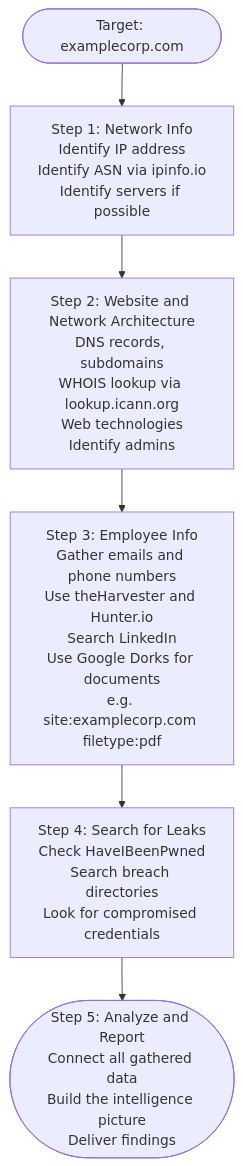
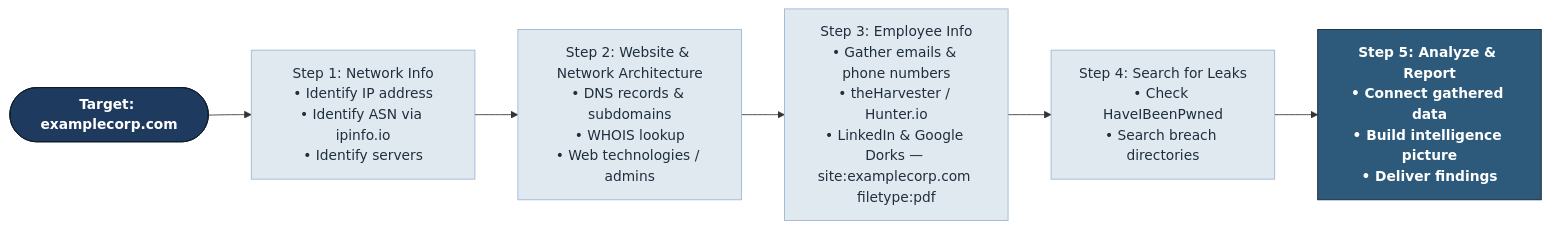
One commit to SagarBiswas-MultiHAT/OSINT-Handbook changed the third of 3 diagrams in readme.md. Above: the diagram before and after it, drawn with Mermaid. The commit also changed other lines of this file, not shown here.

Commit message:
refactor: Update mermaid diagrams for clarity and structure

````diff
--- a/readme.md
+++ b/readme.md
@@ -278,14 +295,17 @@
 ```mermaid
-flowchart TD
-    A([Target: examplecorp.com]) --> B
+flowchart LR
+    %% Compact, styled left-to-right workflow for readability
+    classDef start fill:#1f3a5f,stroke:#0f1a2b,color:#fff,font-weight:bold;
+    classDef step fill:#e0e9f0,stroke:#9bb7d4,color:#1f2e3d;
+    classDef final fill:#2d5a7b,stroke:#123,color:#fff,font-weight:bold;
 
-    B[Step 1: Network Info\nIdentify IP address\nIdentify ASN via ipinfo.io\nIdentify servers if possible]
+    Start([Target: examplecorp.com]):::start
 
-    B --> C[Step 2: Website and Network Architecture\nDNS records, subdomains\nWHOIS lookup via lookup.icann.org\nWeb technologies\nIdentify admins]
+    S1["Step 1: Network Info<br/>• Identify IP address<br/>• Identify ASN via ipinfo.io<br/>• Identify servers"]:::step
+    S2["Step 2: Website & Network Architecture<br/>• DNS records & subdomains<br/>• WHOIS lookup<br/>• Web technologies / admins"]:::step
+    S3["Step 3: Employee Info<br/>• Gather emails & phone numbers<br/>• theHarvester / Hunter.io<br/>• LinkedIn & Google Dorks — site:examplecorp.com filetype:pdf"]:::step
+    S4["Step 4: Search for Leaks<br/>• Check HaveIBeenPwned<br/>• Search breach directories"]:::step
+    S5["Step 5: Analyze & Report<br/>• Connect gathered data<br/>• Build intelligence picture<br/>• Deliver findings"]:::final
 
-    C --> D[Step 3: Employee Info\nGather emails and phone numbers\nUse theHarvester and Hunter.io\nSearch LinkedIn\nUse Google Dorks for documents\ne.g. site:examplecorp.com filetype:pdf]
-
-    D --> E[Step 4: Search for Leaks\nCheck HaveIBeenPwned\nSearch breach directories\nLook for compromised credentials]
-
-    E --> F([Step 5: Analyze and Report\nConnect all gathered data\nBuild the intelligence picture\nDeliver findings])
+    Start --> S1 --> S2 --> S3 --> S4 --> S5
 ```
````
